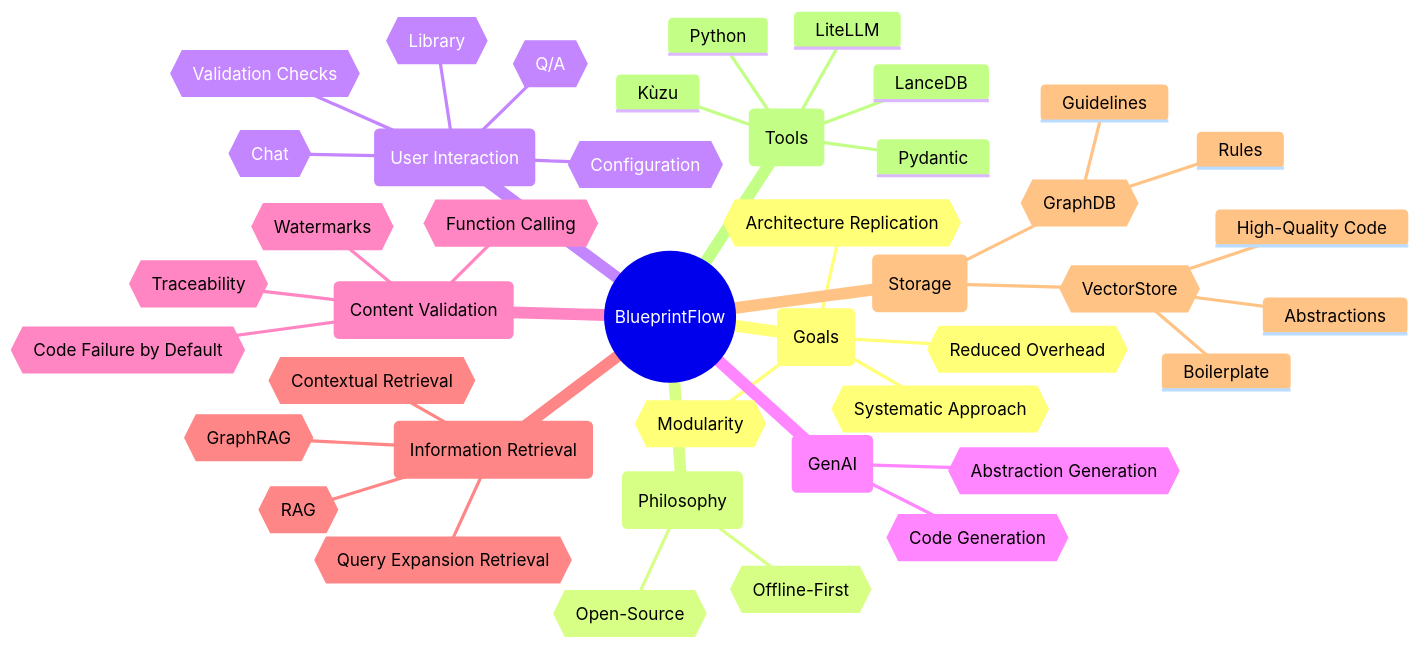
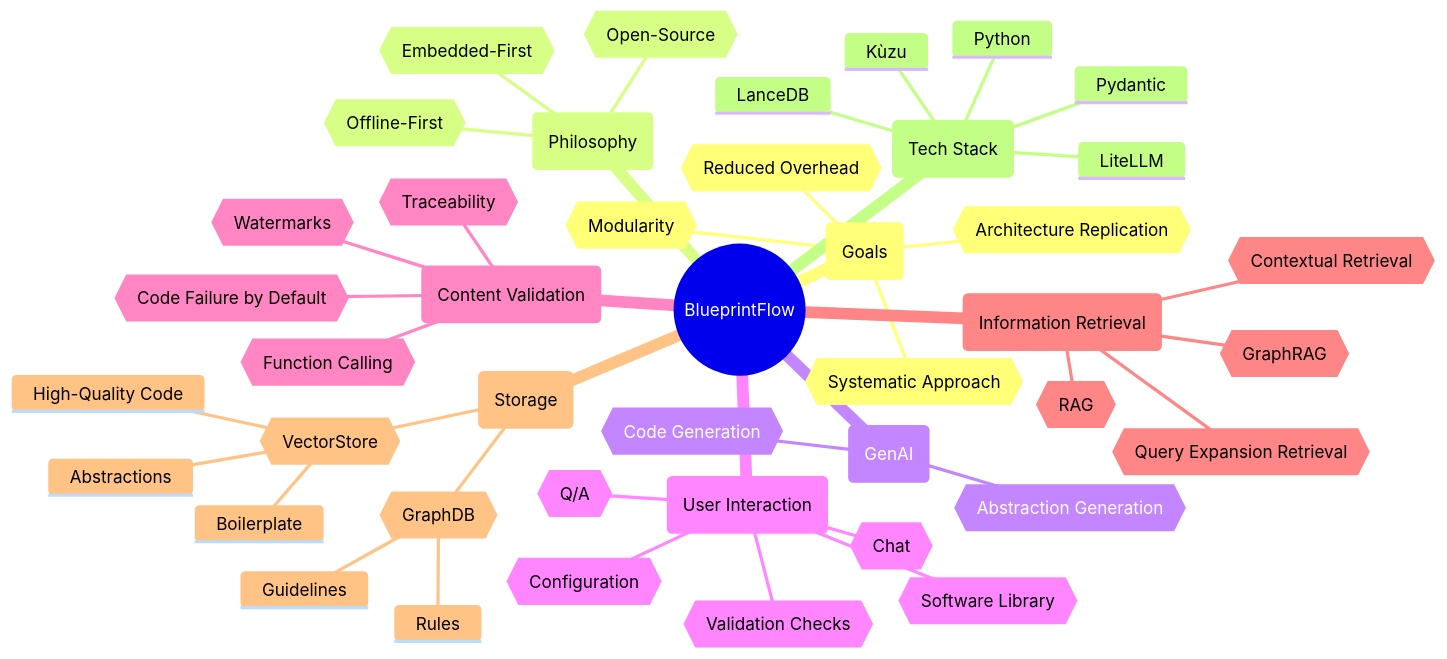
The diagram in .docs/mindmap.md (oceord/blueprintflow), drawn with Mermaid before and after one commit.

Commit message:
Refactor mindmap

````diff
--- a/.docs/mindmap.md
+++ b/.docs/mindmap.md
@@ -3,45 +3,46 @@
 ```mermaid
 mindmap
     ((BlueprintFlow))
         (Goals)
+            {{Systematic Approach}}
             {{Architecture Replication}}
             {{Modularity}}
             {{Reduced Overhead}}
-            {{Systematic Approach}}
         (Philosophy)
             {{Offline-First}}
+            {{Embedded-First}}
             {{Open-Source}}
+        (GenAI)
+            {{Code Generation}}
+            {{Abstraction Generation}}
         (User Interaction)
+            {{Q/A}}
             {{Chat}}
             {{Configuration}}
-            {{Library}}
-            {{Q/A}}
+            {{Software Library}}
             {{Validation Checks}}
-        (GenAI)
-            {{Abstraction Generation}}
-            {{Code Generation}}
         (Content Validation)
             {{Code Failure by Default}}
             {{Function Calling}}
             {{Traceability}}
             {{Watermarks}}
         (Information Retrieval)
+            {{RAG}}
+            {{GraphRAG}}
             {{Contextual Retrieval}}
-            {{GraphRAG}}
             {{Query Expansion Retrieval}}
-            {{RAG}}
         (Storage)
-            {{GraphDB}}
-                Guidelines
-                Rules
             {{VectorStore}}
                 Abstractions
                 Boilerplate
                 High-Quality Code
-        (Tools)
+            {{GraphDB}}
+                Guidelines
+                Rules
+        (Tech Stack)
+            Python
+            LiteLLM
+            Pydantic
             LanceDB
             Kùzu
-            LiteLLM
-            Pydantic
-            Python
 ```
````
